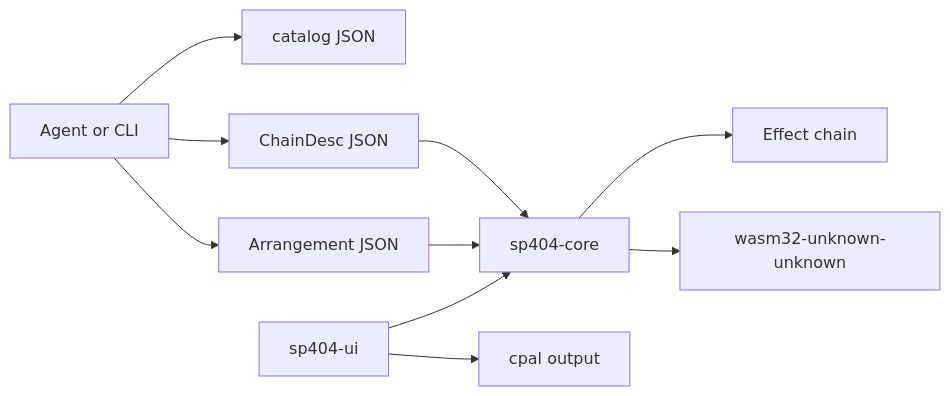
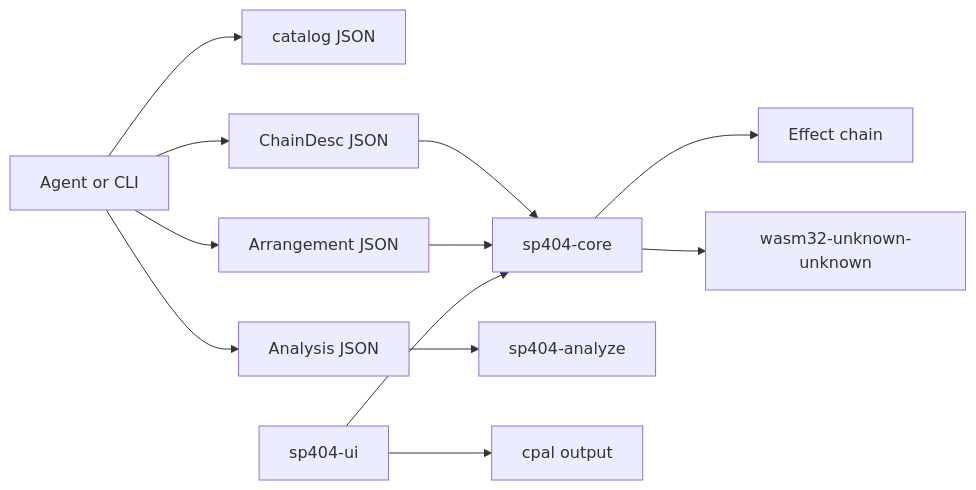
The diagram in README.md (gundam-wing/sp404), drawn with Mermaid before and after one commit. The commit also changed other lines of this file and 13 other files, not shown here.

First line of the commit message:
Add a native analysis crate and sp404 analyze.

````diff
--- a/README.md
+++ b/README.md
@@ -15,12 +16,14 @@
 ```mermaid
 flowchart LR
   agent["Agent or CLI"] --> catalog["catalog JSON"]
   agent --> chain["ChainDesc JSON"]
   agent --> plan["Arrangement JSON"]
+  agent --> analysis["Analysis JSON"]
   chain --> core["sp404-core"]
   plan --> core
+  analysis --> analyze["sp404-analyze"]
   ui["sp404-ui"] --> core
   core --> effects["Effect chain"]
   ui --> device["cpal output"]
   core --> wasm["wasm32-unknown-unknown"]
 ```
````
